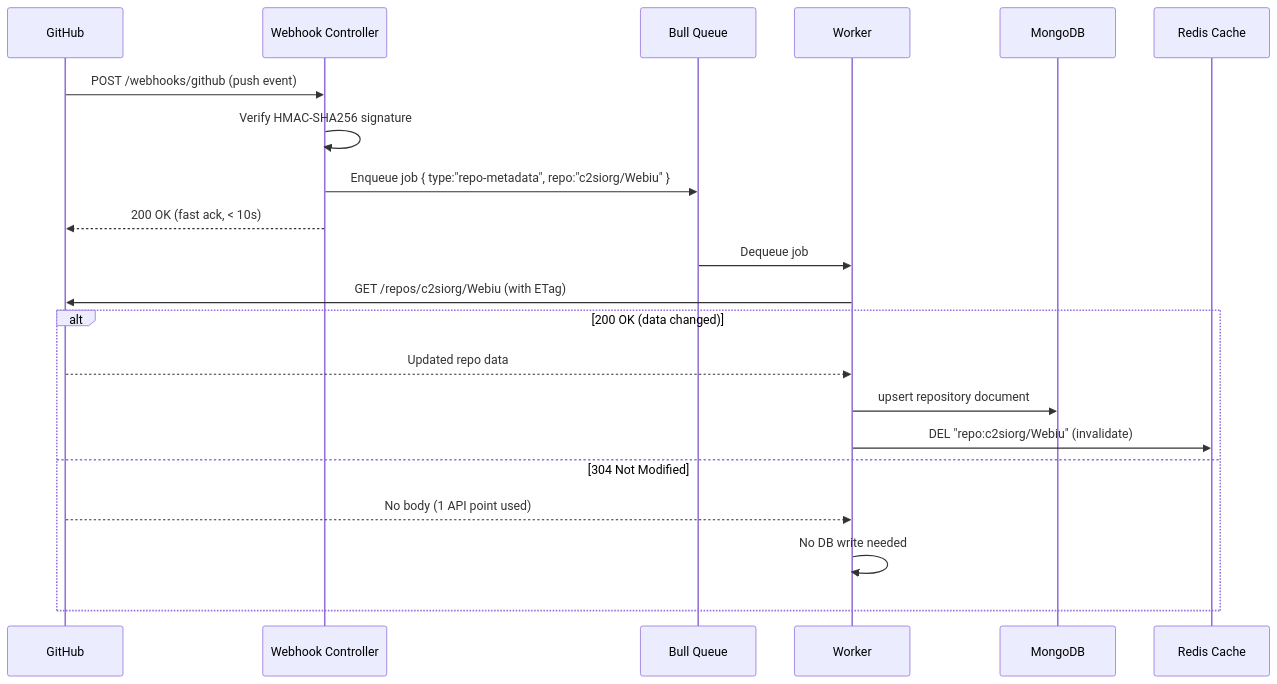
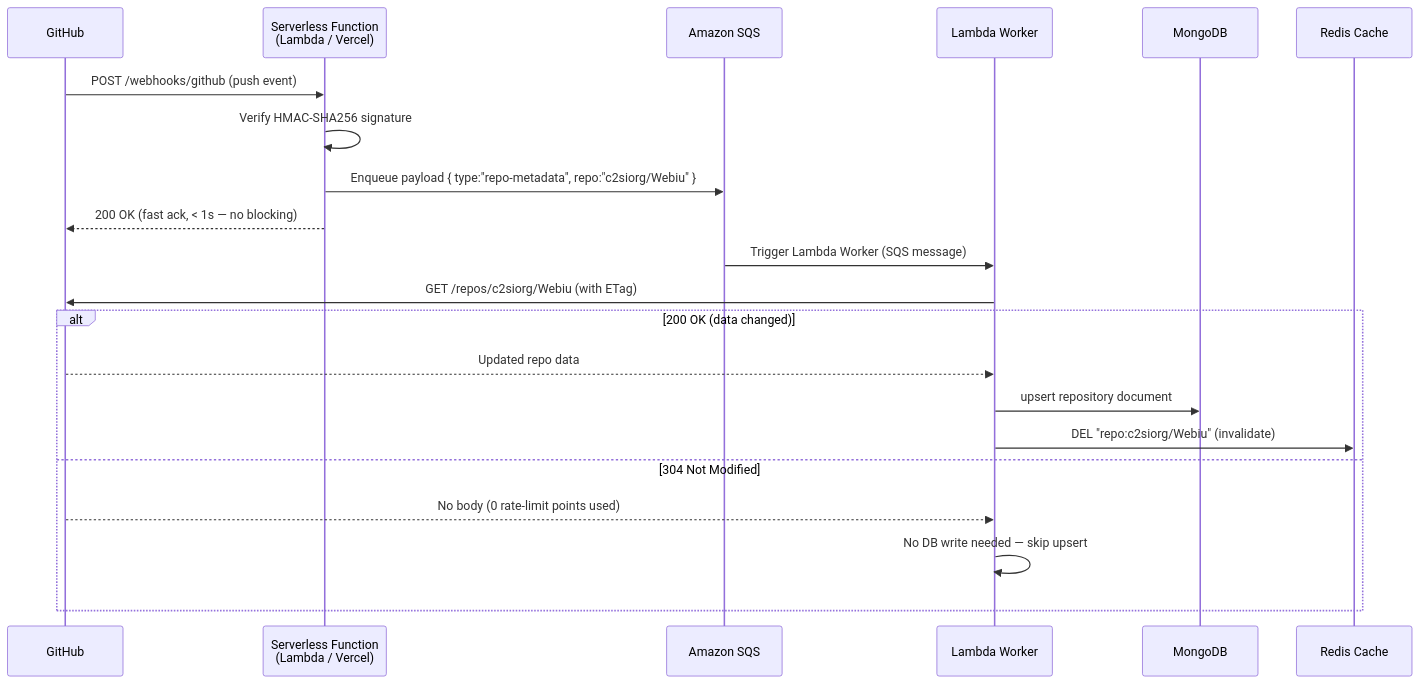
One commit to Shashwat-Darshan/webiu-gsoc-pre-task changed the second of 2 diagrams in Tsk1/Idea-DOCS/api-flow.md. Above: the diagram before and after it, drawn with Mermaid. The commit also changed other lines of this file and 1 other file, not shown here.

Commit message:
fix: final alignment pass
- api-flow.md: webhook ingestion diagram now shows Serverless Function + SQS
  (was: Webhook Controller + Bull Queue — completely wrong after arch change)
- api-flow.md: POST /webhooks endpoint description updated to Serverless Function
- README.md: Task 1 stack corrected to hybrid serverless/NestJS (was: BullMQ)
- README.md: Task 2 marked In Progress (was: Complete — premature)
- README.md: Task 2 stack corrected to NestJS/TypeScript (was: FastAPI/Python)

````diff
--- a/Tsk1/Idea-DOCS/api-flow.md
+++ b/Tsk1/Idea-DOCS/api-flow.md
@@ -38,25 +38,25 @@
 ```mermaid
 sequenceDiagram
     participant GH as GitHub
-    participant WH as Webhook Controller
-    participant Q as Bull Queue
-    participant W as Worker
+    participant FN as Serverless Function<br/>(Lambda / Vercel)
+    participant SQS as Amazon SQS
+    participant W as Lambda Worker
     participant DB as MongoDB
     participant Cache as Redis Cache
 
-    GH->>WH: POST /webhooks/github (push event)
-    WH->>WH: Verify HMAC-SHA256 signature
-    WH->>Q: Enqueue job { type:"repo-metadata", repo:"c2siorg/Webiu" }
-    WH-->>GH: 200 OK (fast ack, < 10s)
+    GH->>FN: POST /webhooks/github (push event)
+    FN->>FN: Verify HMAC-SHA256 signature
+    FN->>SQS: Enqueue payload { type:"repo-metadata", repo:"c2siorg/Webiu" }
+    FN-->>GH: 200 OK (fast ack, < 1s — no blocking)
 
-    Q->>W: Dequeue job
+    SQS->>W: Trigger Lambda Worker (SQS message)
     W->>GH: GET /repos/c2siorg/Webiu (with ETag)
     alt 200 OK (data changed)
         GH-->>W: Updated repo data
         W->>DB: upsert repository document
         W->>Cache: DEL "repo:c2siorg/Webiu" (invalidate)
     else 304 Not Modified
-        GH-->>W: No body (1 API point used)
-        W->>W: No DB write needed
+        GH-->>W: No body (0 rate-limit points used)
+        W->>W: No DB write needed — skip upsert
     end
 ```
````
